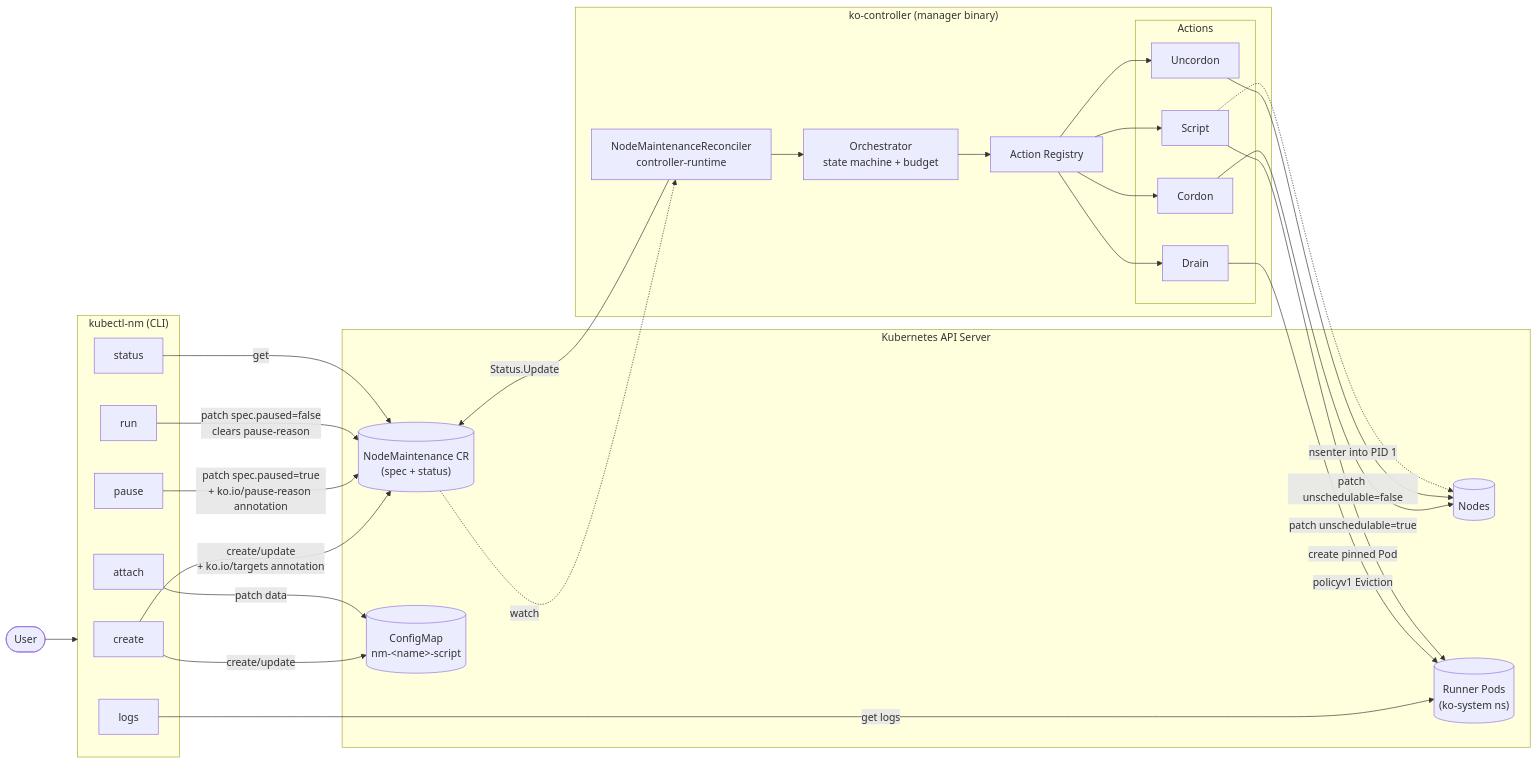
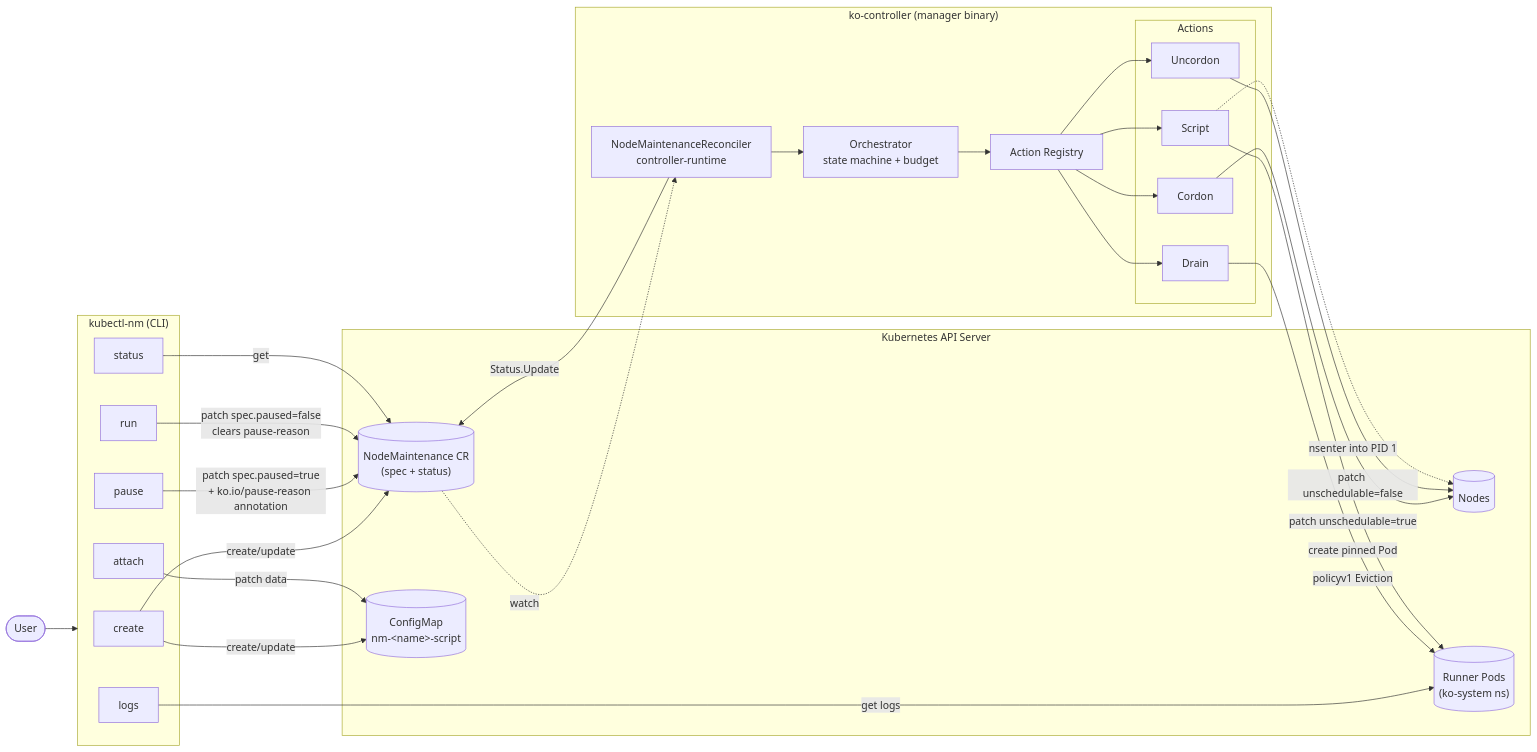
The first of 3 diagrams in docs/architecture.md (AnirudhKabra/klusterOne), drawn with Mermaid before and after one commit. The commit also changed 37 other files, not shown here.

````diff
--- a/docs/architecture.md
+++ b/docs/architecture.md
@@ -11,54 +11,54 @@
 ```mermaid
 flowchart LR
     user(["User"])
 
     subgraph CLI["kubectl-nm (CLI)"]
         cli_create["create"]
         cli_attach["attach"]
         cli_pause["pause"]
         cli_run["run"]
         cli_status["status"]
         cli_logs["logs"]
     end
 
     subgraph API["Kubernetes API Server"]
         nm[("NodeMaintenance CR<br/>(spec + status)")]
         cm[("ConfigMap<br/>nm-&lt;name&gt;-script")]
         nodes[("Nodes")]
         pods[("Runner Pods<br/>(ko-system ns)")]
     end
 
     subgraph CTRL["ko-controller (manager binary)"]
         rec["NodeMaintenanceReconciler<br/>controller-runtime"]
         orch["Orchestrator<br/>state machine + budget"]
         reg["Action Registry"]
 
         subgraph ACT["Actions"]
             cordon["Cordon"]
             drain["Drain"]
             script["Script"]
             uncordon["Uncordon"]
         end
     end
 
     user --> CLI
-    cli_create -->|create/update<br/>+ ko.io/targets annotation| nm
+    cli_create -->|create/update| nm
     cli_create -->|create/update| cm
     cli_attach -->|patch data| cm
     cli_pause -->|patch spec.paused=true<br/>+ ko.io/pause-reason annotation| nm
     cli_run -->|patch spec.paused=false<br/>clears pause-reason| nm
     cli_status -->|get| nm
     cli_logs -->|get logs| pods
 
     nm -. watch .-> rec
     rec --> orch
     orch --> reg
     reg --> cordon & drain & script & uncordon
 
     cordon -->|patch unschedulable=true| nodes
     uncordon -->|patch unschedulable=false| nodes
     drain -->|policyv1 Eviction| pods
     script -->|create pinned Pod| pods
     script -. nsenter into PID 1 .-> nodes
     rec -->|Status.Update| nm
 ```
````
